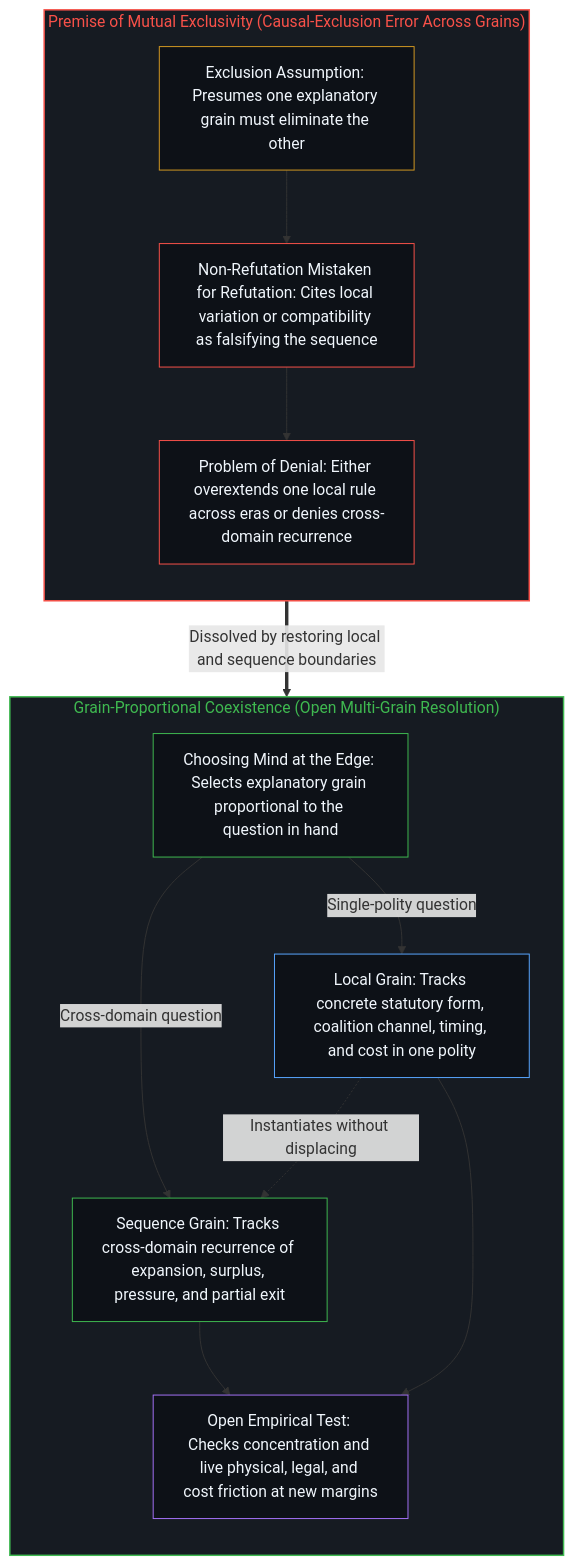
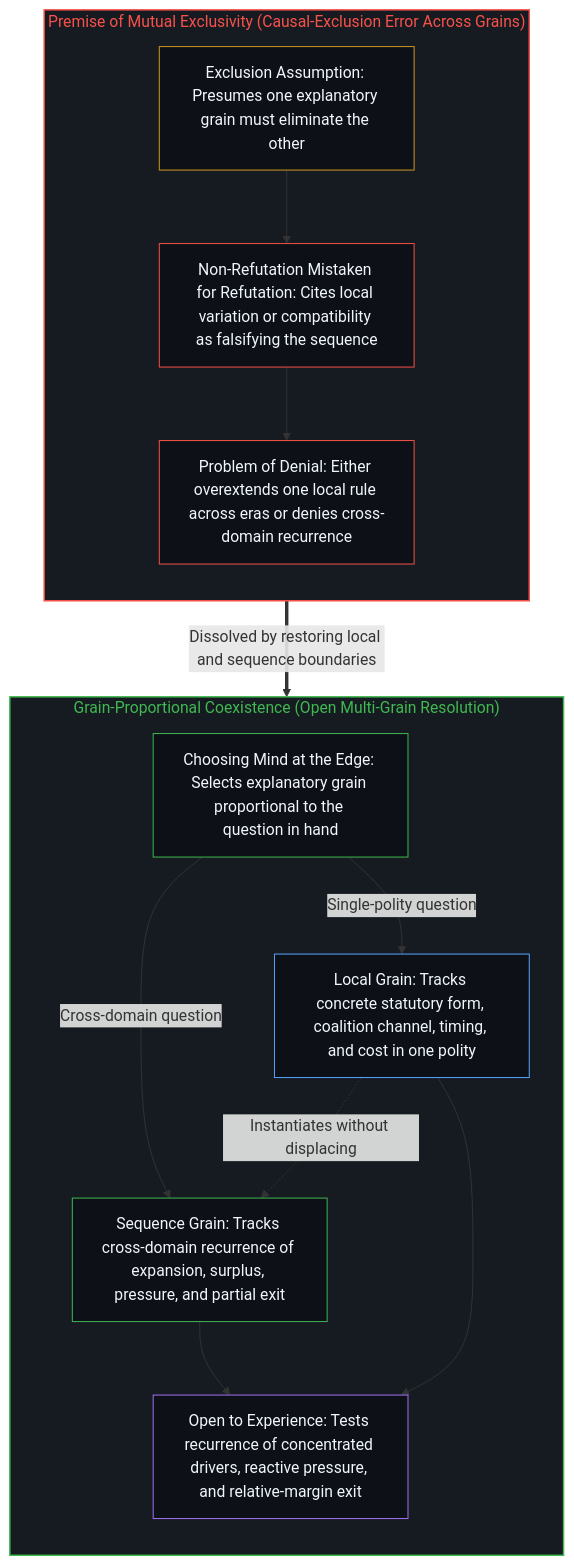
One commit to powerpig99/not-a-toe changed the fourth of 4 diagrams in content/posts/the-sequence-of-expansion-and-the-boundary-of-local-accounts.md. Above: the diagram before and after it, drawn with Mermaid. The commit also changed other lines of this file and 2 other files, not shown here.

Commit message:
Refine #447 Section 3: relative frontier reduction, SpaceX & SLAB, and scouter/wake recap

````diff
--- a/content/posts/the-sequence-of-expansion-and-the-boundary-of-local-accounts.md
+++ b/content/posts/the-sequence-of-expansion-and-the-boundary-of-local-accounts.md
@@ -144,32 +144,32 @@
 ```mermaid
 flowchart TD
     subgraph S_Coex["Grain-Proportional Coexistence (Open Multi-Grain Resolution)"]
         direction TB
         G_Mind["Choosing Mind at the Edge: Selects explanatory grain proportional to the question in hand"]
         G_Seq["Sequence Grain: Tracks cross-domain recurrence of expansion, surplus, pressure, and partial exit"]
         G_Loc["Local Grain: Tracks concrete statutory form, coalition channel, timing, and cost in one polity"]
-        G_Emp["Open Empirical Test: Checks concentration and live physical, legal, and cost friction at new margins"]
+        G_Emp["Open to Experience: Tests recurrence of concentrated drivers, reactive pressure, and relative-margin exit"]
         G_Mind -->|"Cross-domain question"| G_Seq
         G_Mind -->|"Single-polity question"| G_Loc
         G_Loc -.->|"Instantiates without displacing"| G_Seq
         G_Seq --> G_Emp
         G_Loc --> G_Emp
     end
     subgraph S_Excl["Premise of Mutual Exclusivity (Causal-Exclusion Error Across Grains)"]
         direction TB
         X_Prem["Exclusion Assumption: Presumes one explanatory grain must eliminate the other"]
         X_Mis["Non-Refutation Mistaken for Refutation: Cites local variation or compatibility as falsifying the sequence"]
         X_Den["Problem of Denial: Either overextends one local rule across eras or denies cross-domain recurrence"]
         X_Prem --> X_Mis --> X_Den
     end
     X_Den ==>|"Dissolved by restoring local and sequence boundaries"| G_Mind
     style S_Coex fill:#161b22,stroke:#3fb950,stroke-width:1.5px,color:#3fb950
     style S_Excl fill:#161b22,stroke:#f85149,stroke-width:1.5px,color:#f85149
     style G_Mind fill:#0d1117,stroke:#3fb950,stroke-width:1px,color:#f0f6fc
     style G_Seq fill:#0d1117,stroke:#3fb950,stroke-width:1px,color:#f0f6fc
     style G_Loc fill:#0d1117,stroke:#58a6ff,stroke-width:1px,color:#f0f6fc
     style G_Emp fill:#0d1117,stroke:#a371f7,stroke-width:1px,color:#f0f6fc
     style X_Prem fill:#0d1117,stroke:#d29922,stroke-width:1px,color:#f0f6fc
     style X_Mis fill:#0d1117,stroke:#f85149,stroke-width:1px,color:#f0f6fc
     style X_Den fill:#0d1117,stroke:#f85149,stroke-width:1px,color:#f0f6fc
 ```
````
